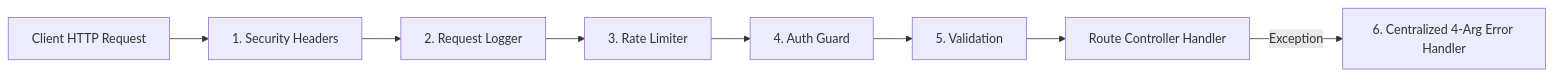
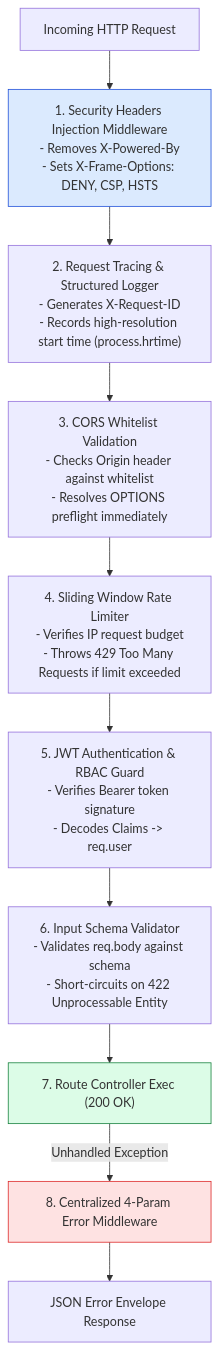
One commit to Amie-dev/engineering-playbook changed the first of 3 diagrams in express-notes/26-project-middleware-pipeline.md. Above: the diagram before and after it, drawn with Mermaid. The commit also changed other lines of this file and 26 other files, not shown here.

````diff
--- a/express-notes/26-project-middleware-pipeline.md
+++ b/express-notes/26-project-middleware-pipeline.md
@@ -10,11 +13,23 @@
 ```mermaid
-flowchart LR
-    Req[Client HTTP Request] --> M1[1. Security Headers]
-    M1 --> M2[2. Request Logger]
-    M2 --> M3[3. Rate Limiter]
-    M3 --> M4[4. Auth Guard]
-    M4 --> M5[5. Validation]
-    M5 --> Handler[Route Controller Handler]
-    
-    Handler -- "Exception" --> ErrorHandler[6. Centralized 4-Arg Error Handler]
+flowchart TD
+    ClientReq[Incoming HTTP Request] --> M1["1. Security Headers Injection Middleware<br/>- Removes X-Powered-By<br/>- Sets X-Frame-Options: DENY, CSP, HSTS"]
+
+    M1 --> M2["2. Request Tracing & Structured Logger<br/>- Generates X-Request-ID<br/>- Records high-resolution start time (process.hrtime)"]
+
+    M2 --> M3["3. CORS Whitelist Validation<br/>- Checks Origin header against whitelist<br/>- Resolves OPTIONS preflight immediately"]
+
+    M3 --> M4["4. Sliding Window Rate Limiter<br/>- Verifies IP request budget<br/>- Throws 429 Too Many Requests if limit exceeded"]
+
+    M4 --> M5["5. JWT Authentication & RBAC Guard<br/>- Verifies Bearer token signature<br/>- Decodes Claims -> req.user"]
+
+    M5 --> M6["6. Input Schema Validator<br/>- Validates req.body against schema<br/>- Short-circuits on 422 Unprocessable Entity"]
+
+    M6 --> Controller["7. Route Controller Exec (200 OK)"]
+
+    Controller -- "Unhandled Exception" --> ErrMW["8. Centralized 4-Param Error Middleware"]
+    ErrMW --> JSONError[JSON Error Envelope Response]
+
+    style M1 fill:#dbeafe,stroke:#1d4ed8
+    style Controller fill:#dcfce7,stroke:#15803d
+    style ErrMW fill:#fee2e2,stroke:#dc2626
 ```
````
